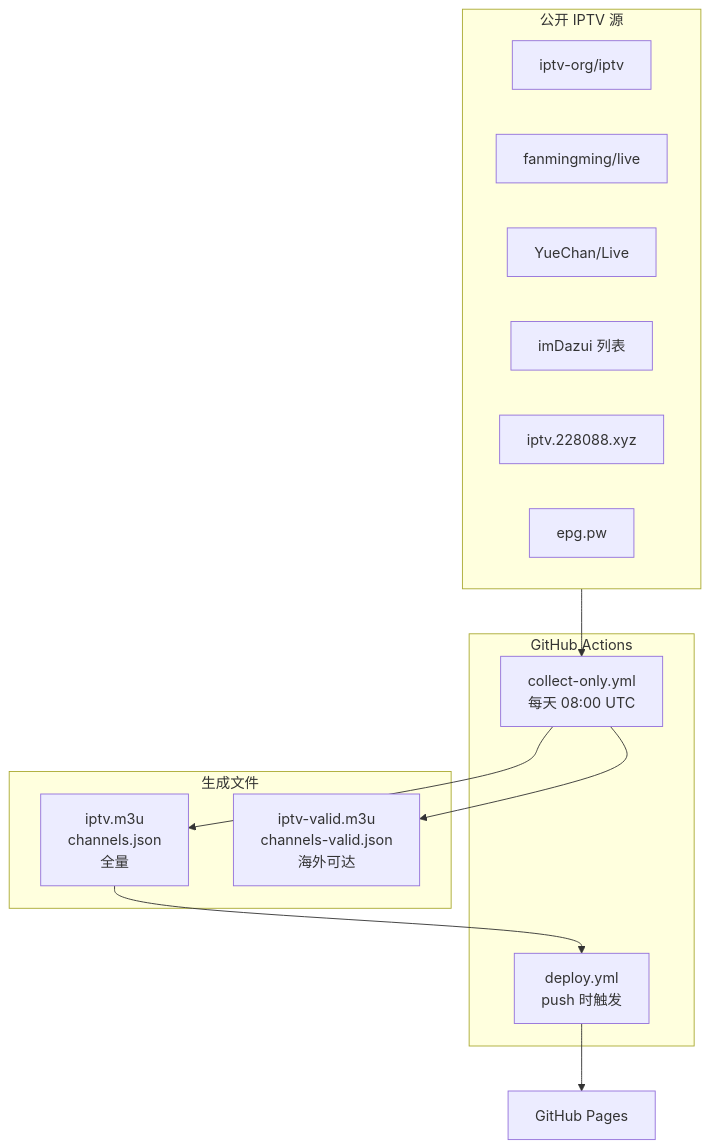
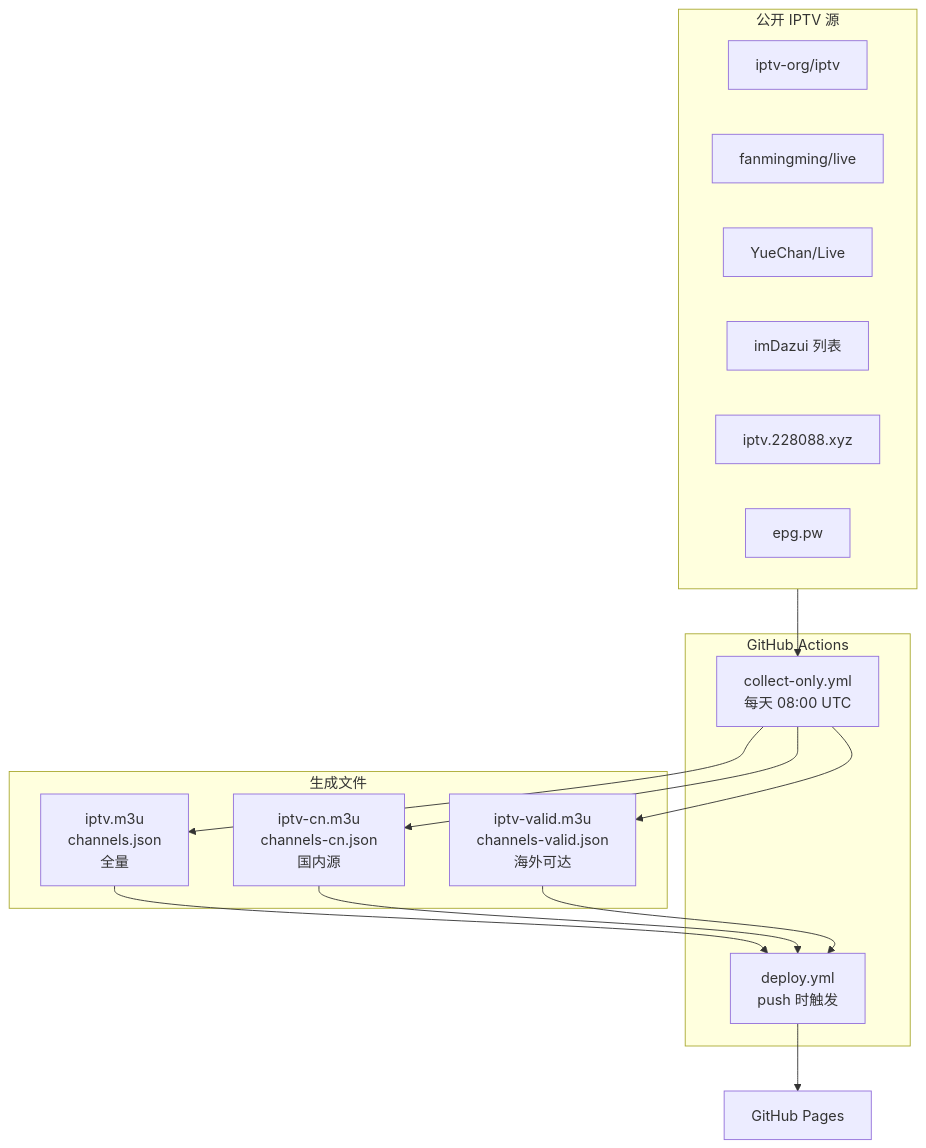
One commit to Chaniug/IPTV-Collector changed the first of 2 diagrams in README.md. Above: the diagram before and after it, drawn with Mermaid. The commit also changed other lines of this file and 5 other files, not shown here.

First line of the commit message:
feat: 新增国内源 iptv-cn.m3u 与 channels-cn.json 支持

````diff
--- a/README.md
+++ b/README.md
@@ -67,27 +70,31 @@
 ```mermaid
 flowchart TB
     subgraph Sources["公开 IPTV 源"]
         S1[iptv-org/iptv]
         S2[fanmingming/live]
         S3[YueChan/Live]
         S4[imDazui 列表]
         S5[iptv.228088.xyz]
         S6[epg.pw]
     end
 
     subgraph GitHubActions["GitHub Actions"]
         A1[collect-only.yml<br/>每天 08:00 UTC]
         A2[deploy.yml<br/>push 时触发]
     end
 
     subgraph Outputs["生成文件"]
         O1[iptv.m3u<br/>channels.json<br/>全量]
-        O2[iptv-valid.m3u<br/>channels-valid.json<br/>海外可达]
+        O2[iptv-cn.m3u<br/>channels-cn.json<br/>国内源]
+        O3[iptv-valid.m3u<br/>channels-valid.json<br/>海外可达]
     end
 
     Sources --> A1
     A1 --> O1
     A1 --> O2
+    A1 --> O3
     O1 --> A2
+    O2 --> A2
+    O3 --> A2
     A2 --> Pages[GitHub Pages]
 ```
````
